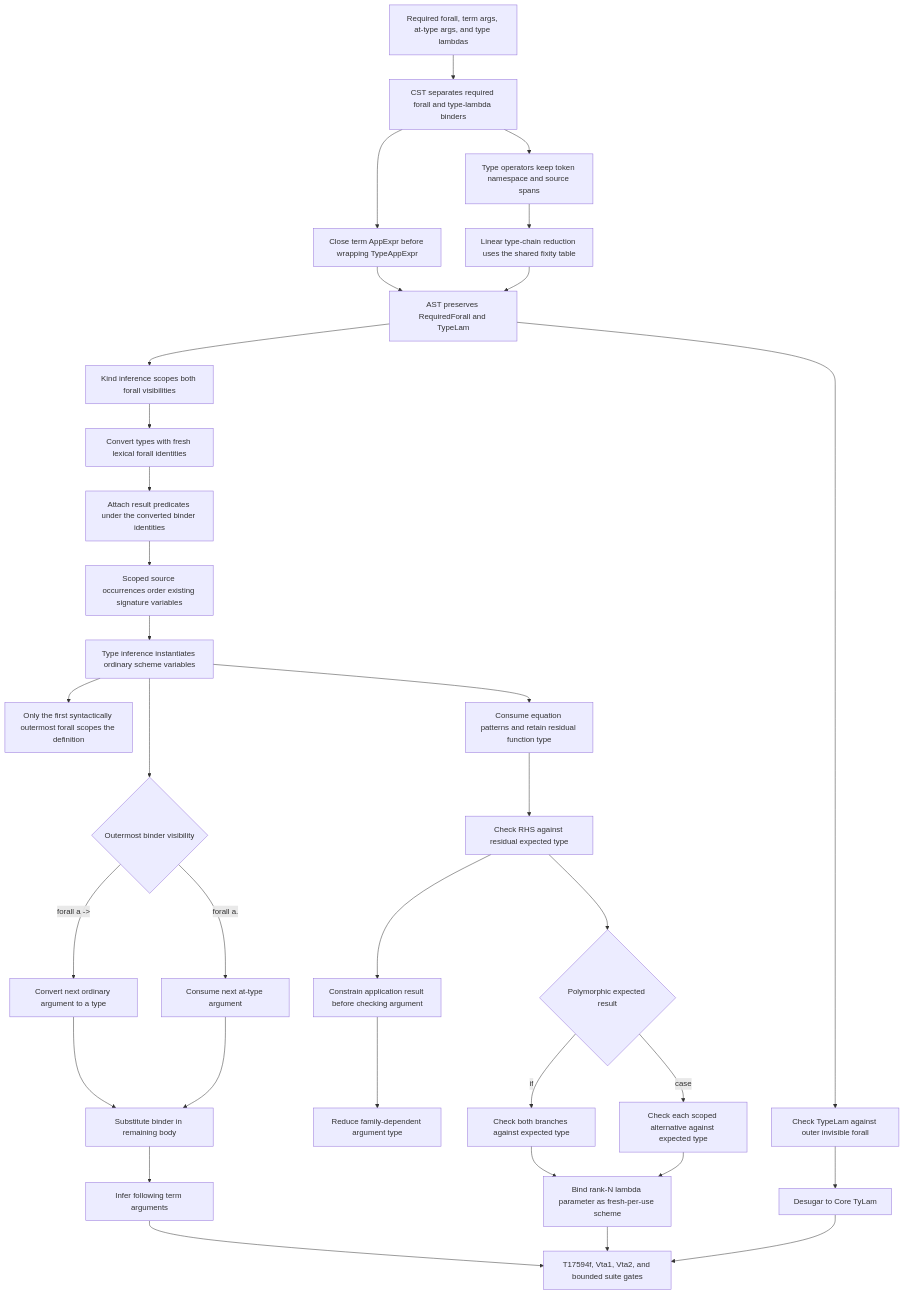
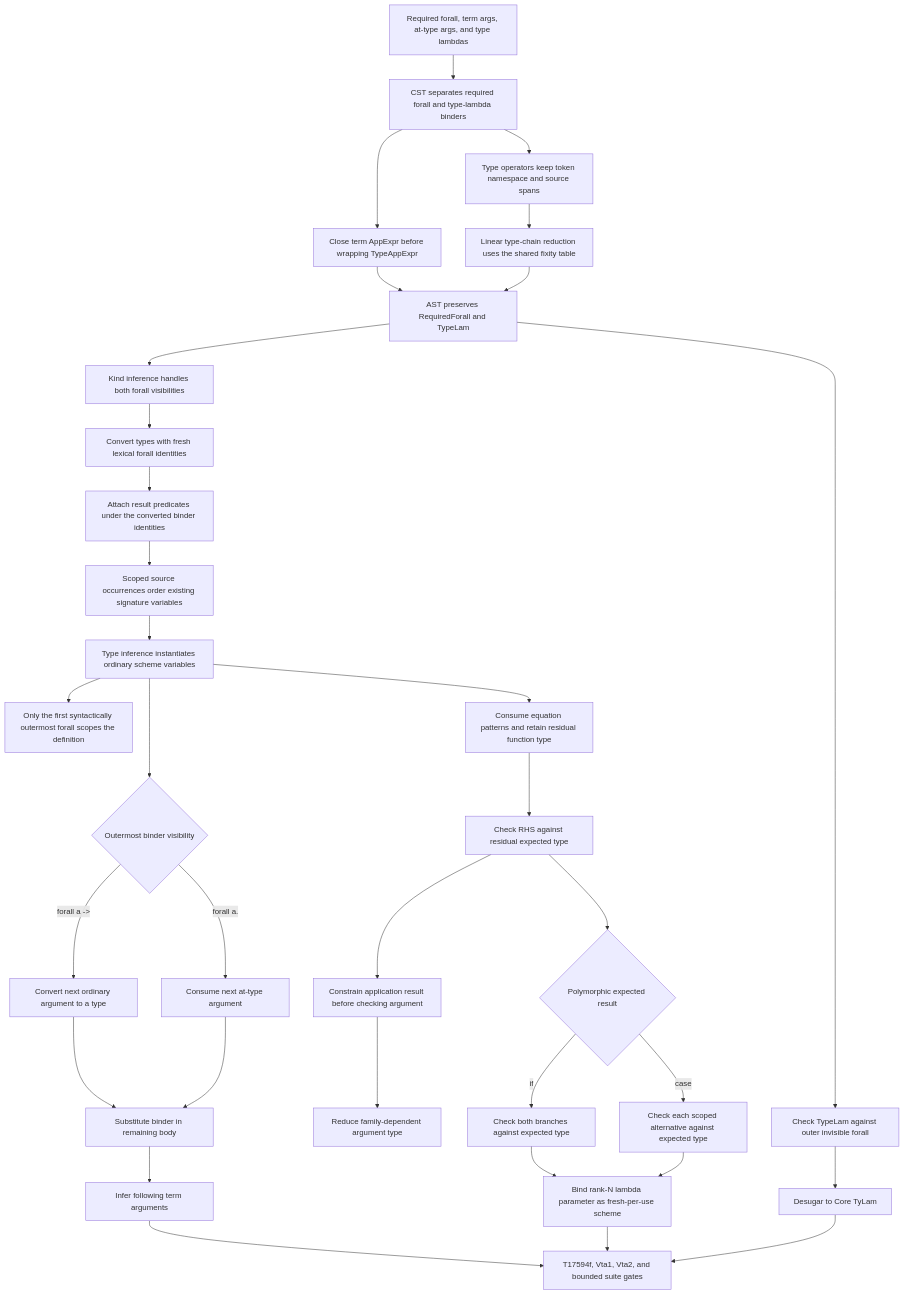
One commit to loveJesus/haskelujah-chirho changed the diagram in spec-chirho/workflows-chirho/language-features-chirho/rank-n-visible-type-application-chirho.md. Above: the diagram before and after it, drawn with Mermaid. The commit also changed other lines of this file and 5 other files, not shown here.

````diff
--- a/spec-chirho/workflows-chirho/language-features-chirho/rank-n-visible-type-application-chirho.md
+++ b/spec-chirho/workflows-chirho/language-features-chirho/rank-n-visible-type-application-chirho.md
@@ -6,36 +6,36 @@
 ```mermaid
 flowchart TD
     source_chirho[Required forall, term args, at-type args, and type lambdas]
     source_chirho --> cst_chirho[CST separates required forall and type-lambda binders]
     cst_chirho --> spine_chirho[Close term AppExpr before wrapping TypeAppExpr]
     spine_chirho --> ast_chirho[AST preserves RequiredForall and TypeLam]
     cst_chirho --> operators_chirho[Type operators keep token namespace and source spans]
     operators_chirho --> fixity_chirho[Linear type-chain reduction uses the shared fixity table]
     fixity_chirho --> ast_chirho
-    ast_chirho --> kind_chirho[Kind inference scopes both forall visibilities]
+    ast_chirho --> kind_chirho[Kind inference handles both forall visibilities]
     kind_chirho --> conversion_chirho[Convert types with fresh lexical forall identities]
     conversion_chirho --> predicates_chirho[Attach result predicates under the converted binder identities]
     predicates_chirho --> inventory_chirho[Scoped source occurrences order existing signature variables]
     inventory_chirho --> scheme_chirho[Type inference instantiates ordinary scheme variables]
     scheme_chirho --> scope_chirho[Only the first syntactically outermost forall scopes the definition]
     scheme_chirho --> required_chirho{Outermost binder visibility}
     required_chirho -->|forall a ->| ordinary_arg_chirho[Convert next ordinary argument to a type]
     required_chirho -->|forall a.| visible_arg_chirho[Consume next at-type argument]
     ordinary_arg_chirho --> substitution_chirho[Substitute binder in remaining body]
     visible_arg_chirho --> substitution_chirho
     ast_chirho --> type_lambda_chirho[Check TypeLam against outer invisible forall]
     type_lambda_chirho --> core_chirho[Desugar to Core TyLam]
     substitution_chirho --> term_chirho[Infer following term arguments]
     scheme_chirho --> equation_chirho[Consume equation patterns and retain residual function type]
     equation_chirho --> expected_chirho[Check RHS against residual expected type]
     expected_chirho --> application_chirho[Constrain application result before checking argument]
     application_chirho --> family_chirho[Reduce family-dependent argument type]
     expected_chirho --> branch_chirho{Polymorphic expected result}
     branch_chirho -->|if| if_chirho[Check both branches against expected type]
     branch_chirho -->|case| case_chirho[Check each scoped alternative against expected type]
     if_chirho --> lambda_chirho[Bind rank-N lambda parameter as fresh-per-use scheme]
     case_chirho --> lambda_chirho
     lambda_chirho --> gates_chirho[T17594f, Vta1, Vta2, and bounded suite gates]
     core_chirho --> gates_chirho
     term_chirho --> gates_chirho
 ```
````
